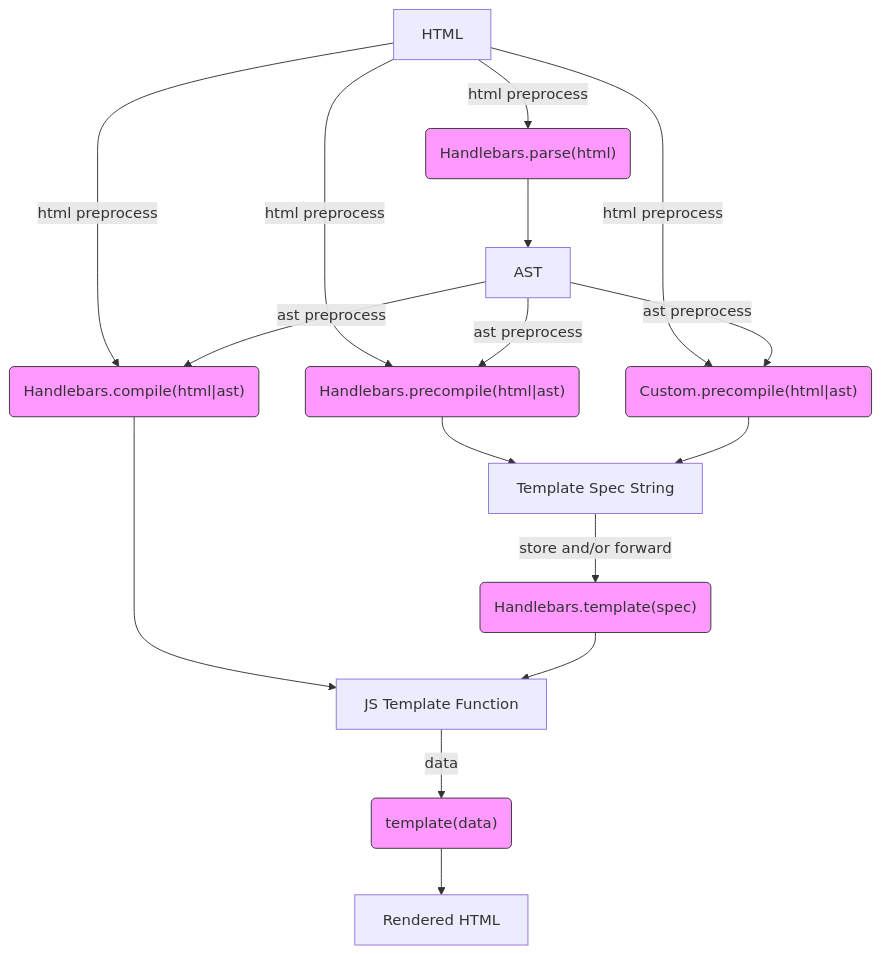
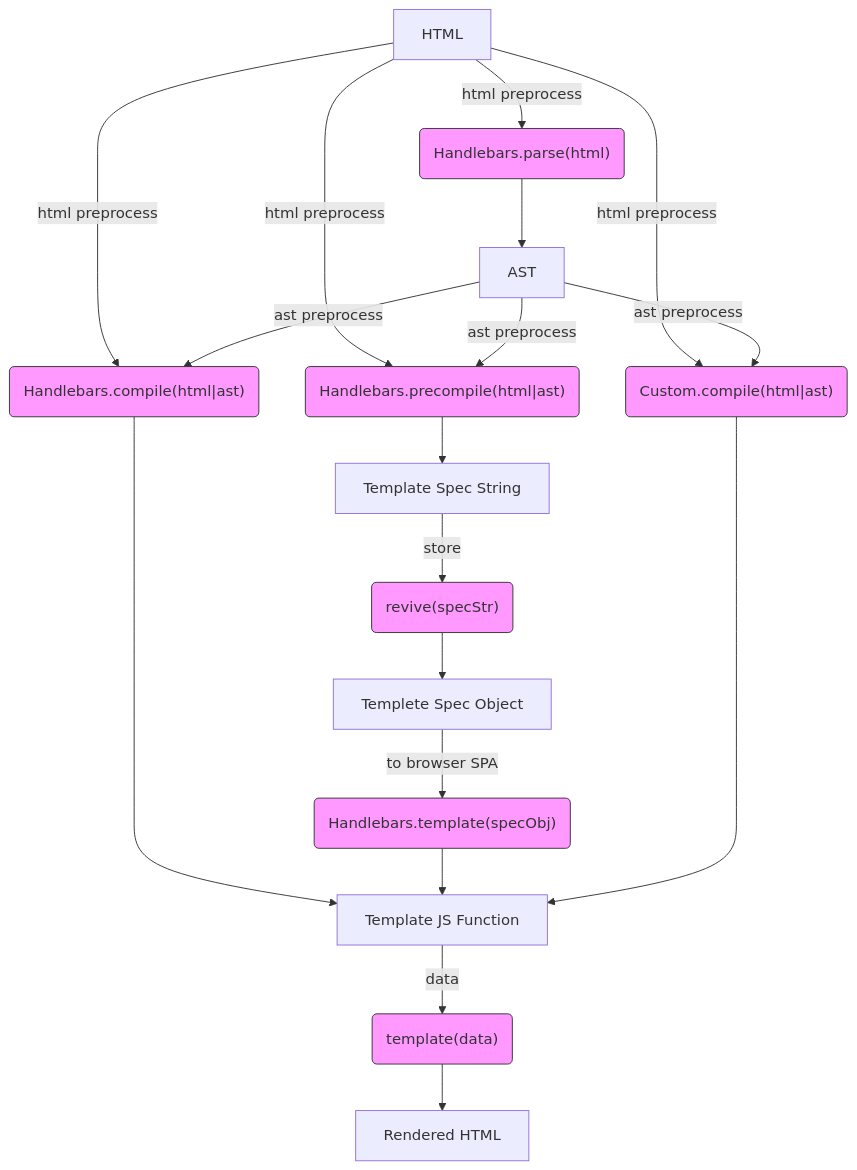
The diagram in docs/diagrams/workflow.md (dhollenbeck/handlebars-internals), drawn with Mermaid before and after one commit. The commit also changed other lines of this file and 4 other files, not shown here.

````diff
--- a/docs/diagrams/workflow.md
+++ b/docs/diagrams/workflow.md
@@ -5,28 +5,31 @@
 ```mermaid
 graph TD
 HTML --> |html preprocess|fncCompile
 HTML --> |html preprocess|fncPrecompile
-HTML --> |html preprocess|fncPrecompileCustom
+HTML --> |html preprocess|fncCompileCustom
 HTML -->|html preprocess|fncParse("Handlebars.parse(html)")
 fncParse --> AST
 AST -->|ast preprocess|fncCompile("Handlebars.compile(html|ast)")
 AST -->|ast preprocess|fncPrecompile("Handlebars.precompile(html|ast)")
-AST -->|ast preprocess|fncPrecompileCustom("Custom.precompile(html|ast)")
+AST -->|ast preprocess|fncCompileCustom("Custom.compile(html|ast)")
 fncCompile --> F[JS Template Function]
 F --> |data|fncTemplate("template(data)")
-fncPrecompile --> G[Template Spec String]
-fncPrecompileCustom --> G[Template Spec String]
-G -->|store and/or forward|fncRevive("Handlebars.template(spec)")
-fncRevive -->F[JS Template Function]
+fncPrecompile --> specStr[Template Spec String]
+specStr -->|store|fncRevive("revive(specStr)")
+fncRevive -->specObj[Templete Spec Object]
+specObj -->|to browser SPA|fncRestore("Handlebars.template(specObj)")
+fncRestore -->F[Template JS Function]
+fncCompileCustom --> F
 fncTemplate -->RHTML[Rendered HTML]
 
 classDef fncStyle fill:#f9f,stroke:#333,stroke-width:1px;
+
 class fncParse fncStyle;
 class fncCompile fncStyle;
 class fncPrecompile fncStyle;
-class fncPrecompileCustom fncStyle;
+class fncCompileCustom fncStyle;
 class fncRevive fncStyle;
+class fncRestore fncStyle;
 class fncTemplate fncStyle;
 
-
 ```
````
